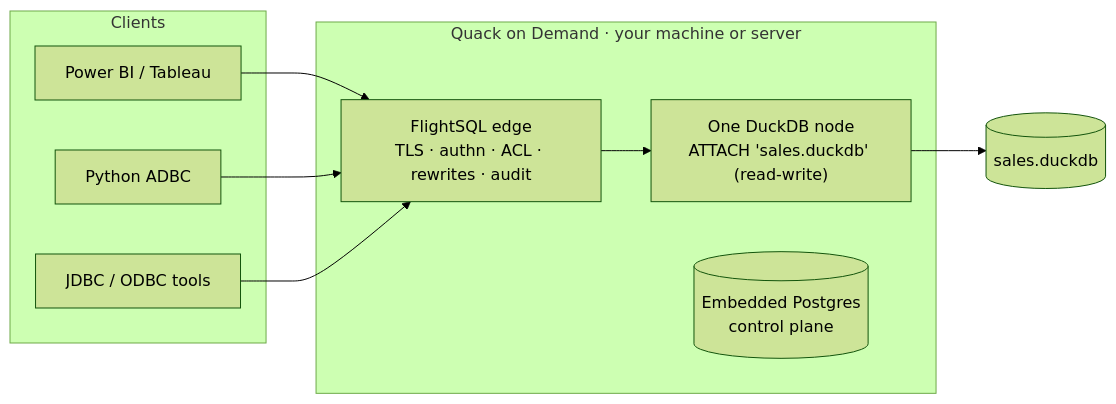
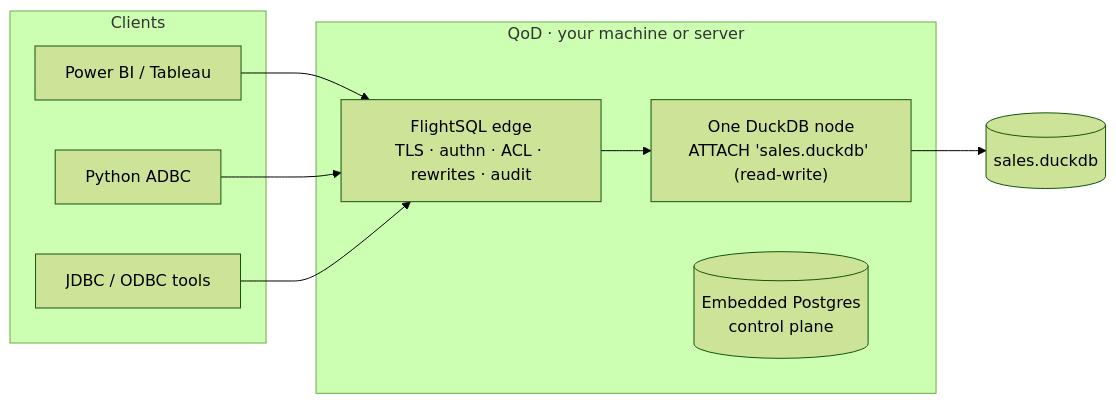
The second of 3 diagrams in blog/2026-09-20-wp-duckdb-file.md (starlake-ai/starlake-docs), drawn with Mermaid (forest theme) before and after one commit. The commit also changed other lines of this file and 179 other files, not shown here.

First line of the commit message:
docs(qod): rename Quack on Demand to QoD in docs and blog

````diff
--- a/blog/2026-09-20-wp-duckdb-file.md
+++ b/blog/2026-09-20-wp-duckdb-file.md
@@ -78,18 +78,18 @@
 ```mermaid
 flowchart LR
   subgraph clients["Clients"]
     bi[Power BI / Tableau]
     py[Python ADBC]
     jdbc[JDBC / ODBC tools]
   end
-  subgraph qod["Quack on Demand · your machine or server"]
+  subgraph qod["QoD · your machine or server"]
     edge["FlightSQL edge<br/>TLS · authn · ACL · rewrites · audit"]
     node["One DuckDB node<br/>ATTACH 'sales.duckdb' (read-write)"]
     pg[("Embedded Postgres<br/>control plane")]
     edge --> node
   end
   bi --> edge
   py --> edge
   jdbc --> edge
   node --> F[(sales.duckdb)]
 ```
````
